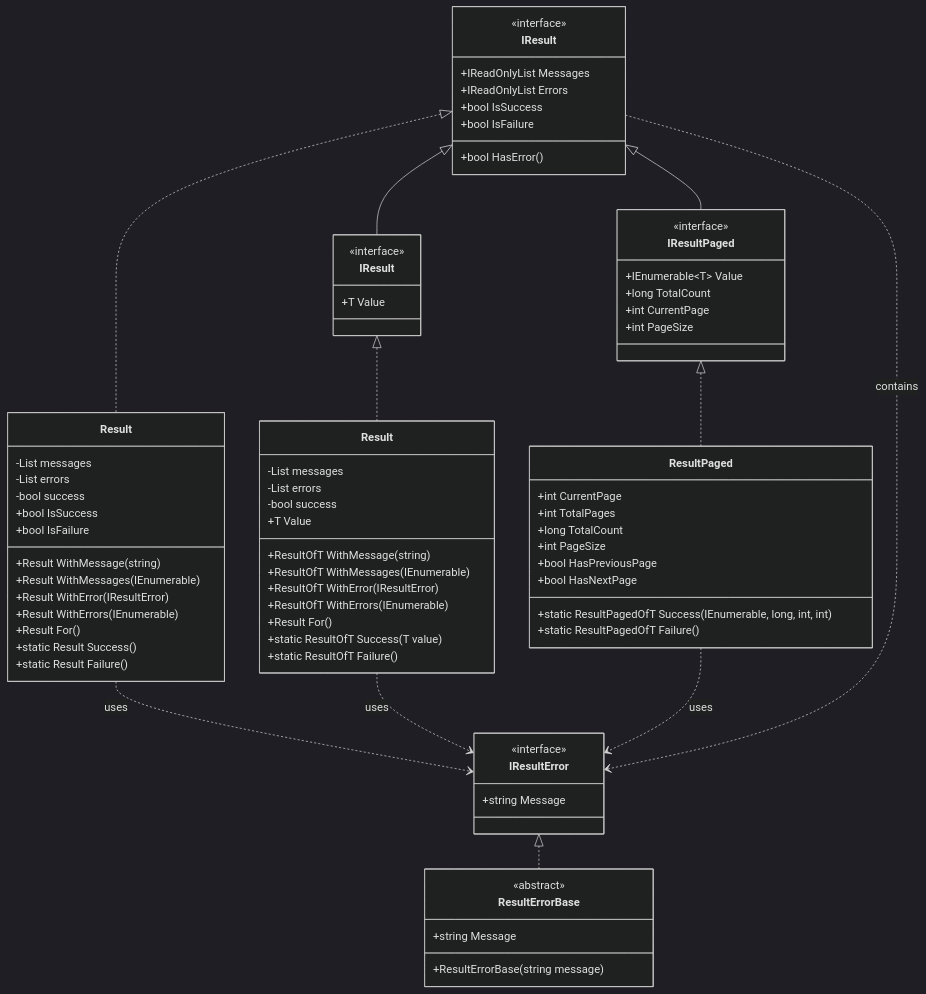
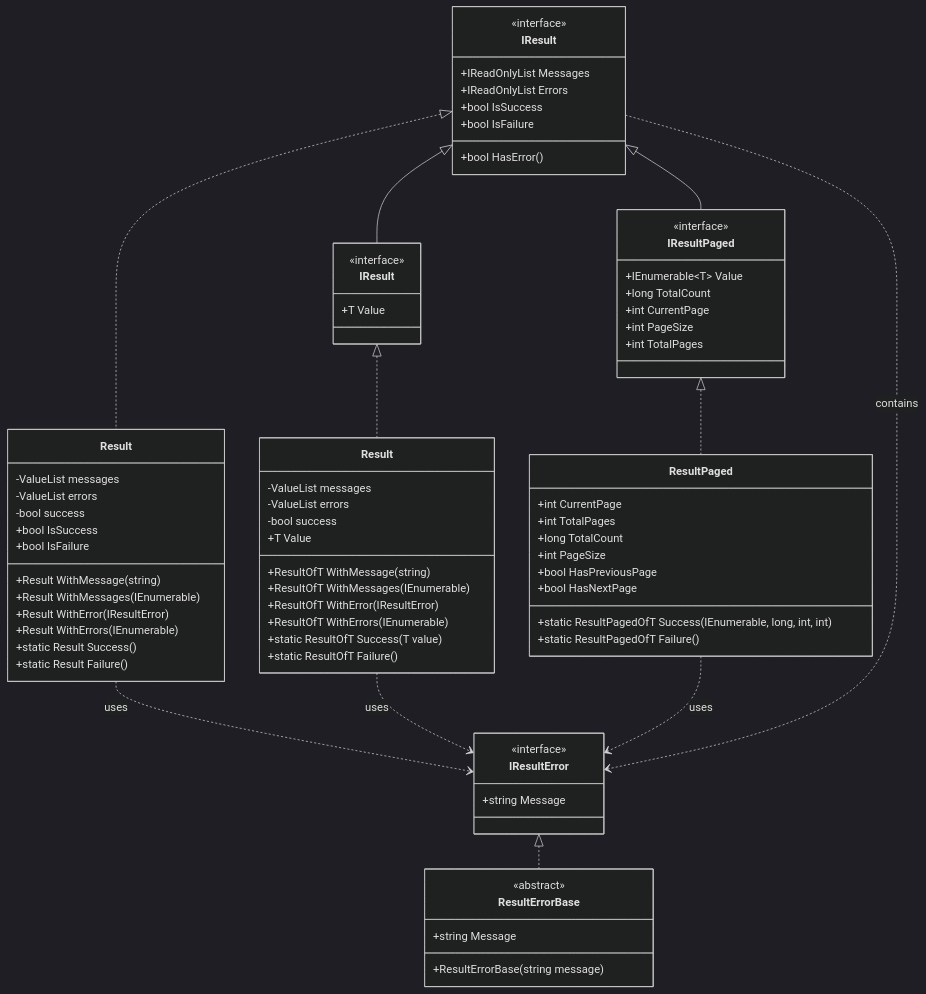
Before and after one commit to BridgingIT-GmbH/bITdevKit: the first of 2 diagrams in docs/features-results.md, drawn with Mermaid (dark theme). The commit also changed other lines of this file and 66 other files, not shown here.

```diff
--- a/docs/features-results.md
+++ b/docs/features-results.md
@@ -88,11 +92,12 @@
         +long TotalCount
         +int CurrentPage
         +int PageSize
+        +int TotalPages
     }
 
     class Result {
-        -List messages
-        -List errors
+        -ValueList messages
+        -ValueList errors
         -bool success
         +bool IsSuccess
         +bool IsFailure
@@ -100,21 +105,19 @@
         +Result WithMessages(IEnumerable)
         +Result WithError(IResultError)
         +Result WithErrors(IEnumerable)
-        +Result For()
         +static Result Success()
         +static Result Failure()
     }
 
     class ResultOfT["Result<T>"] {
-        -List messages
-        -List errors
+        -ValueList messages
+        -ValueList errors
         -bool success
         +T Value
         +ResultOfT WithMessage(string)
         +ResultOfT WithMessages(IEnumerable)
         +ResultOfT WithError(IResultError)
         +ResultOfT WithErrors(IEnumerable)
-        +Result For()
         +static ResultOfT Success(T value)
         +static ResultOfT Failure()
     }
```
